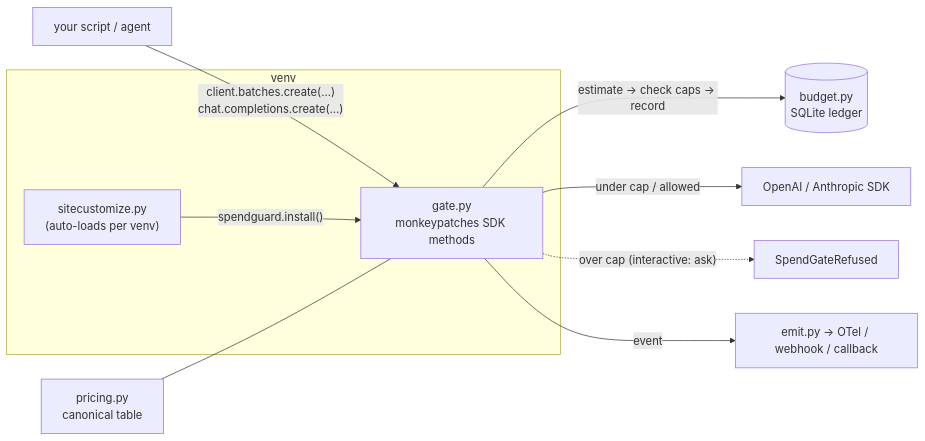
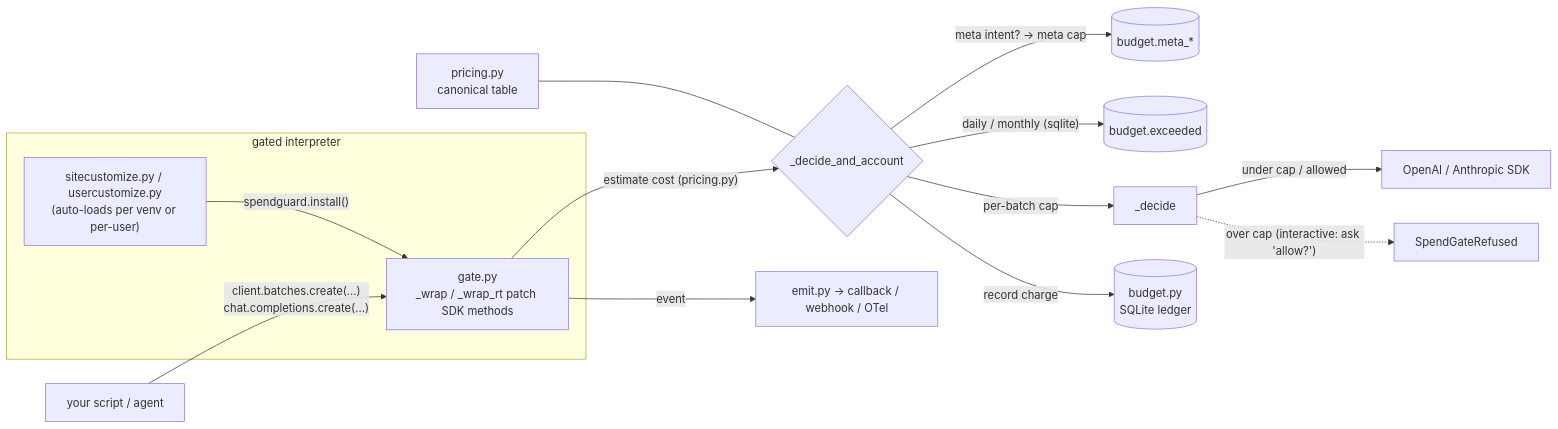
The first of 4 diagrams in docs/ARCHITECTURE.md (llmspendguard/llm-spendguard), drawn with Mermaid before and after one commit. The commit also changed other lines of this file and 1 other file, not shown here.

First line of the commit message:
docs+ci: rewrite ARCHITECTURE.md (extensibility seams as headline) + PyPI release workflow

````diff
--- a/docs/ARCHITECTURE.md
+++ b/docs/ARCHITECTURE.md
@@ -9,12 +21,16 @@
 ```mermaid
 flowchart LR
     S["your script / agent"] -->|"client.batches.create(...)<br/>chat.completions.create(...)"| G
-    subgraph venv
-      H["sitecustomize.py<br/>(auto-loads per venv)"] -->|"spendguard.install()"| G["gate.py<br/>monkeypatches SDK methods"]
+    subgraph venv ["gated interpreter"]
+      H["sitecustomize.py / usercustomize.py<br/>(auto-loads per venv or per-user)"] -->|"spendguard.install()"| G["gate.py<br/>_wrap / _wrap_rt patch SDK methods"]
     end
-    G -->|"estimate → check caps → record"| L[("budget.py<br/>SQLite ledger")]
-    G -->|"under cap / allowed"| OAI["OpenAI / Anthropic SDK"]
-    G -.->|"over cap (interactive: ask)"| X["SpendGateRefused"]
-    G -->|"event"| E["emit.py → OTel / webhook / callback"]
-    P["pricing.py<br/>canonical table"] --- G
+    G -->|"estimate cost (pricing.py)"| EST{"_decide_and_account"}
+    EST -->|"meta intent? → meta cap"| MC[("budget.meta_*")]
+    EST -->|"daily / monthly (sqlite)"| BC[("budget.exceeded")]
+    EST -->|"per-batch cap"| DC["_decide"]
+    DC -->|"under cap / allowed"| OAI["OpenAI / Anthropic SDK"]
+    DC -.->|"over cap (interactive: ask 'allow?')"| X["SpendGateRefused"]
+    EST -->|"record charge"| L[("budget.py<br/>SQLite ledger")]
+    G -->|"event"| E["emit.py → callback / webhook / OTel"]
+    P["pricing.py<br/>canonical table"] --- EST
 ```
````
